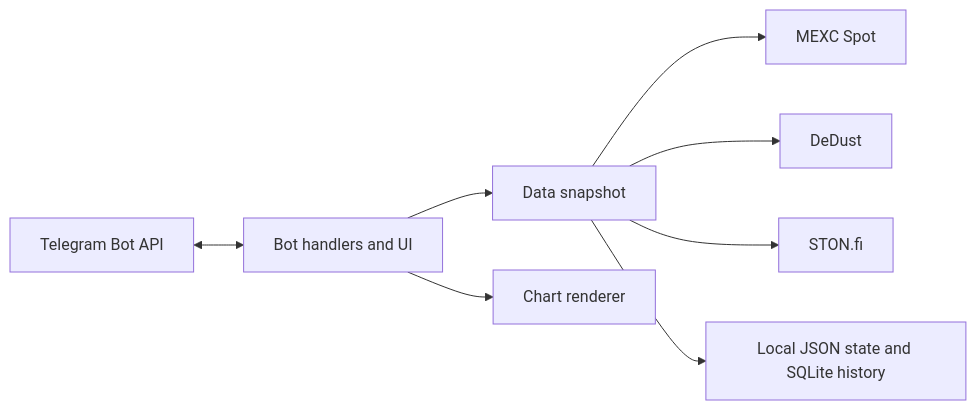
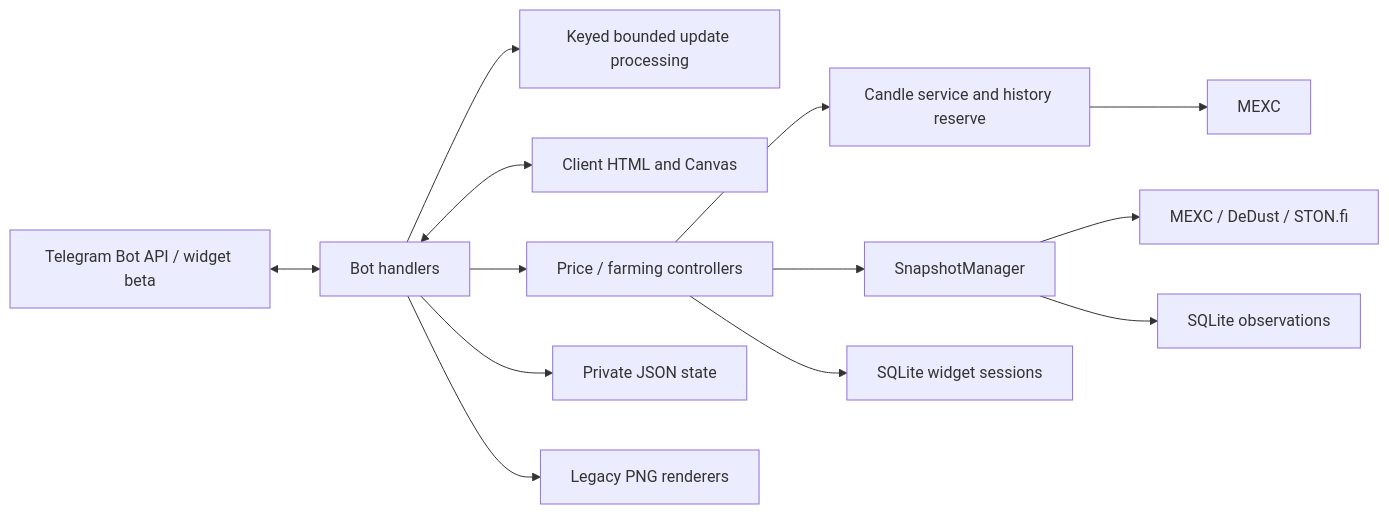
One commit to DrKarpov/poolmaster-tg changed the diagram in docs/ARCHITECTURE.md. Above: the diagram before and after it, drawn with Mermaid. The commit also changed other lines of this file and 80 other files, not shown here.

````diff
--- a/docs/ARCHITECTURE.md
+++ b/docs/ARCHITECTURE.md
@@ -5,10 +5,15 @@
 ```mermaid
 flowchart LR
-    TG[Telegram Bot API] <--> BOT[Bot handlers and UI]
-    BOT --> SNAP[Data snapshot]
-    SNAP --> MEXC[MEXC Spot]
-    SNAP --> DEDUST[DeDust]
-    SNAP --> STON[STON.fi]
-    SNAP --> STATE[Local JSON state and SQLite history]
-    BOT --> CHART[Chart renderer]
+    TG[Telegram Bot API / widget beta] <--> BOT[Bot handlers]
+    BOT --> QUEUE[Keyed bounded update processing]
+    BOT <--> W[Client HTML and Canvas]
+    BOT --> CTRL[Price / farming controllers]
+    CTRL --> CANDLES[Candle service and history reserve]
+    CTRL --> SNAP[SnapshotManager]
+    CANDLES --> MEXC[MEXC]
+    SNAP --> API[MEXC / DeDust / STON.fi]
+    CTRL --> SESSION[SQLite widget sessions]
+    SNAP --> HISTORY[SQLite observations]
+    BOT --> STATE[Private JSON state]
+    BOT --> PNG[Legacy PNG renderers]
 ```
````
